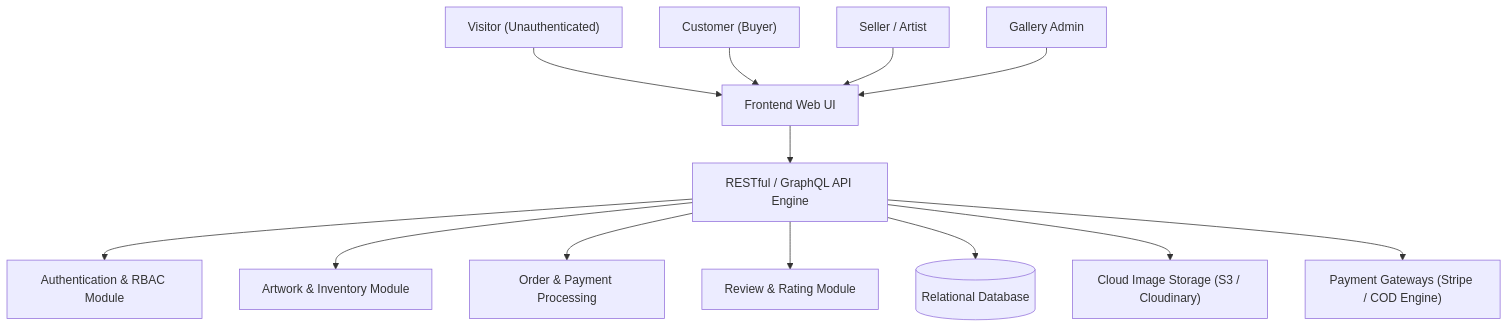
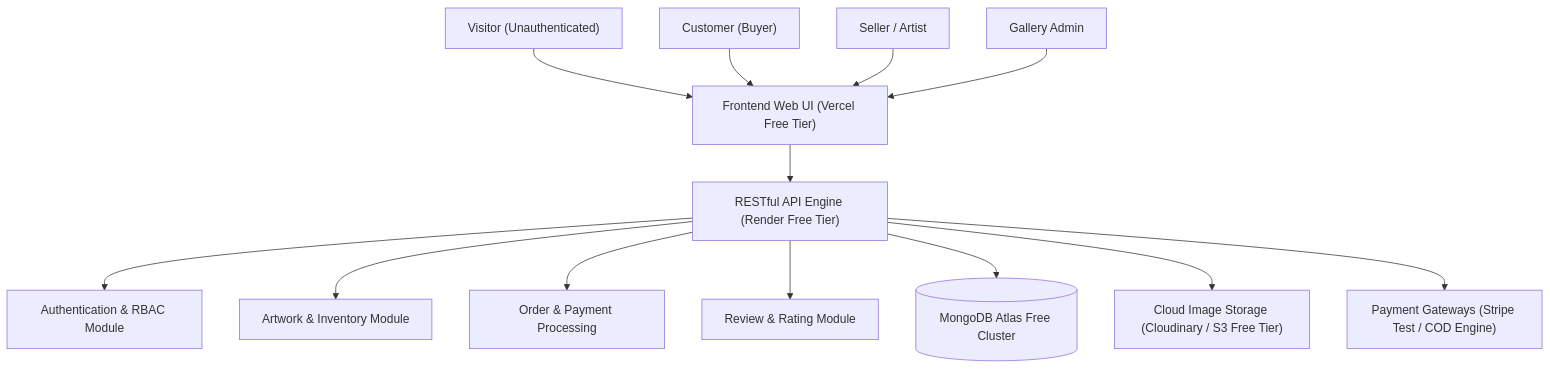
The first of 2 diagrams in SRS.md (Xain-Ul-Abedin/SMT-Project), drawn with Mermaid before and after one commit. The commit also changed other lines of this file and 3 other files, not shown here.

Commit message:
refactor(stack): switch to MongoDB, zero-cost web hosting, remove supervisor references and update directory location to Brain/Projects/SMT-Project

````diff
--- a/SRS.md
+++ b/SRS.md
@@ -38,17 +37,17 @@
 ```mermaid
 flowchart TD
-    Visitor["Visitor (Unauthenticated)"] --> UI["Frontend Web UI"]
+    Visitor["Visitor (Unauthenticated)"] --> UI["Frontend Web UI (Vercel Free Tier)"]
     Customer["Customer (Buyer)"] --> UI
     Artist["Seller / Artist"] --> UI
     Admin["Gallery Admin"] --> UI
     
-    UI --> API["RESTful / GraphQL API Engine"]
+    UI --> API["RESTful API Engine (Render Free Tier)"]
     API --> Auth["Authentication & RBAC Module"]
     API --> Catalog["Artwork & Inventory Module"]
     API --> Order["Order & Payment Processing"]
     API --> Review["Review & Rating Module"]
     
-    API --> DB[(Relational Database)]
-    API --> CloudMedia["Cloud Image Storage (S3 / Cloudinary)"]
-    API --> PaymentGateway["Payment Gateways (Stripe / COD Engine)"]
+    API --> DB[(MongoDB Atlas Free Cluster)]
+    API --> CloudMedia["Cloud Image Storage (Cloudinary / S3 Free Tier)"]
+    API --> PaymentGateway["Payment Gateways (Stripe Test / COD Engine)"]
 ```
````
